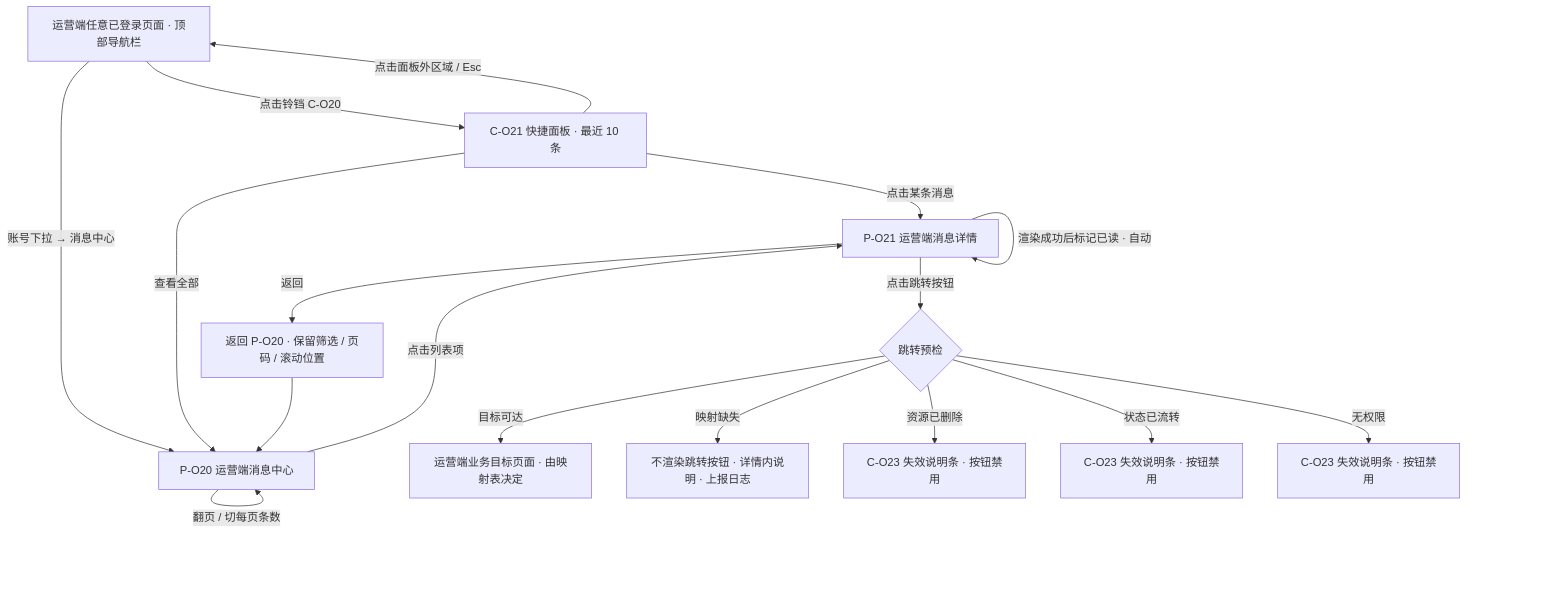
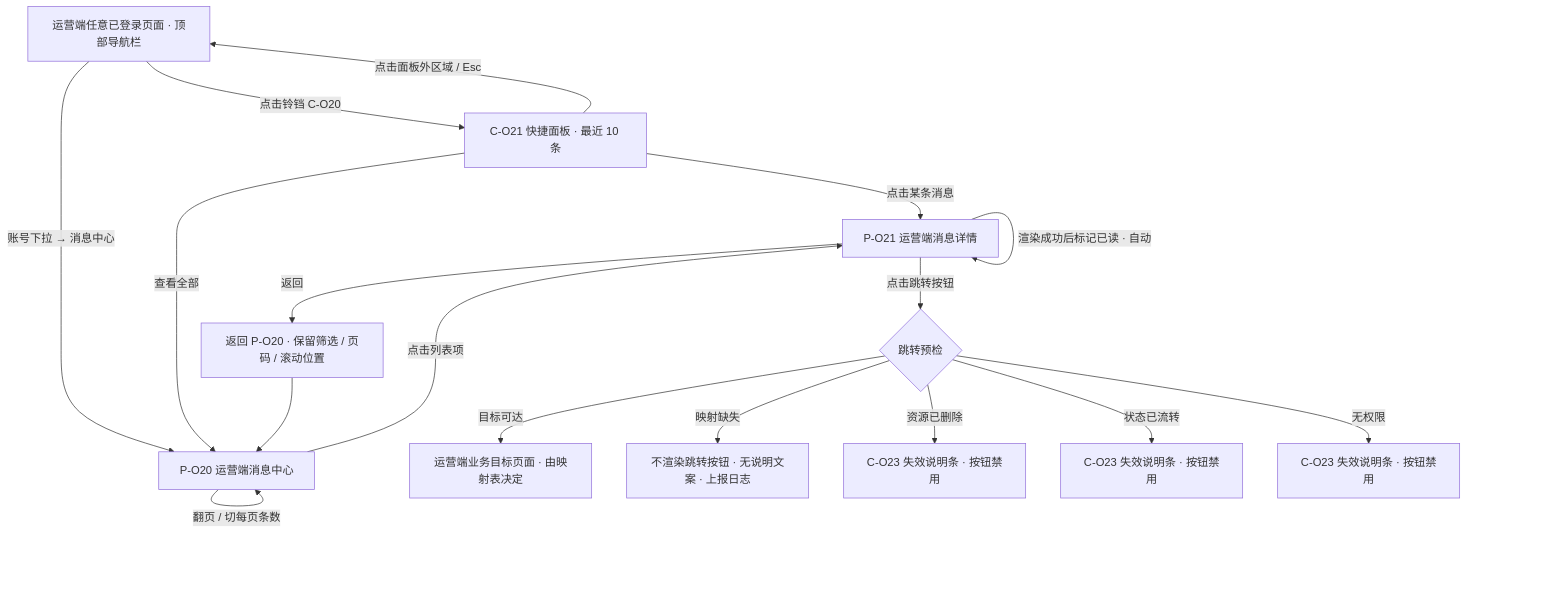
The diagram in financial-service-platform/prd/v1.0-消息通知/v1.0-消息通知-PRD.md (wxblockchain/Chain-Financing), drawn with Mermaid before and after one commit. The commit also changed other lines of this file and 5 other files, not shown here.

````diff
--- a/financial-service-platform/prd/v1.0-消息通知/v1.0-消息通知-PRD.md
+++ b/financial-service-platform/prd/v1.0-消息通知/v1.0-消息通知-PRD.md
@@ -320,26 +322,26 @@
 ```mermaid
 flowchart TD
     Nav[运营端任意已登录页面 · 顶部导航栏] -->|点击铃铛 C-O20| Panel[C-O21 快捷面板 · 最近 10 条]
     Nav -->|账号下拉 → 消息中心| List[P-O20 运营端消息中心]
 
     Panel -->|点击某条消息| Detail[P-O21 运营端消息详情]
     Panel -->|查看全部| List
     Panel -->|点击面板外区域 / Esc| Nav
 
     List -->|点击列表项| Detail
     List -->|行内「标为已读」| List
     List -->|全部标为已读 → 二次确认| List
     List -->|翻页 / 切每页条数| List
 
     Detail -->|渲染成功后标记已读 · 自动| Detail
     Detail -->|返回| ListBack[返回 P-O20 · 保留筛选 / 页码 / 滚动位置]
     Detail -->|点击跳转按钮| Precheck{跳转预检}
 
     Precheck -->|目标可达| Target[运营端业务目标页面 · 由映射表决定]
-    Precheck -->|映射缺失| Deg1[不渲染跳转按钮 · 详情内说明 · 上报日志]
+    Precheck -->|映射缺失| Deg1[不渲染跳转按钮 · 无说明文案 · 上报日志]
     Precheck -->|资源已删除| Deg2[C-O23 失效说明条 · 按钮禁用]
     Precheck -->|状态已流转| Deg3[C-O23 失效说明条 · 按钮禁用]
     Precheck -->|无权限| Deg4[C-O23 失效说明条 · 按钮禁用]
 
     ListBack --> List
 ```
````
